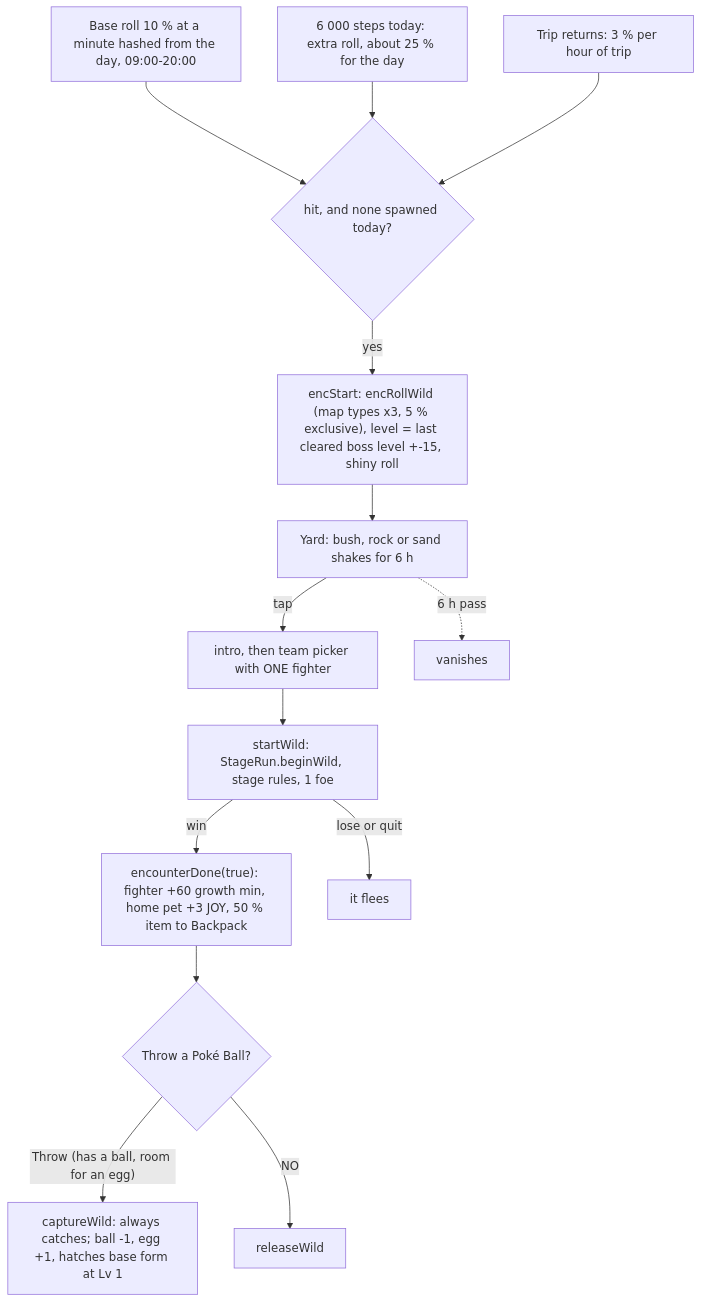
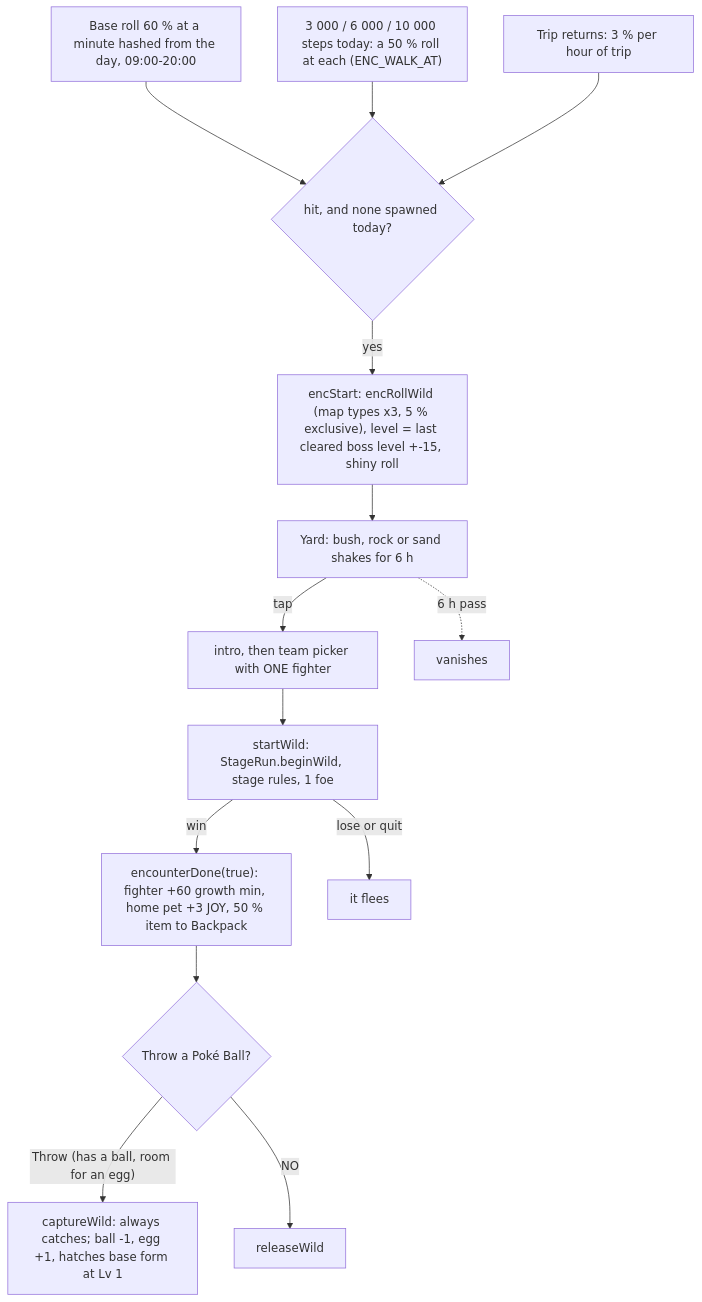
One commit to Ale-Cuevas/TamaPoke changed the eighth of 11 diagrams in docs/GAME_LOGIC.md. Above: the diagram before and after it, drawn with Mermaid. The commit also changed other lines of this file and 4 other files, not shown here.

````diff
--- a/docs/GAME_LOGIC.md
+++ b/docs/GAME_LOGIC.md
@@ -826,16 +830,16 @@
 ```mermaid
 flowchart TD
-  R1["Base roll 10 % at a minute hashed from the day, 09:00-20:00"] --> S
-  R2["6 000 steps today: extra roll, about 25 % for the day"] --> S
+  R1["Base roll 60 % at a minute hashed from the day, 09:00-20:00"] --> S
+  R2["3 000 / 6 000 / 10 000 steps today: a 50 % roll at each (ENC_WALK_AT)"] --> S
   R3["Trip returns: 3 % per hour of trip"] --> S
   S{"hit, and none spawned today?"} -- yes --> T["encStart: encRollWild (map types x3, 5 % exclusive), level = last cleared boss level +-15, shiny roll"]
   T --> U["Yard: bush, rock or sand shakes for 6 h"]
   U -- "tap" --> V["intro, then team picker with ONE fighter"]
   V --> W["startWild: StageRun.beginWild, stage rules, 1 foe"]
   W -- win --> Y["encounterDone(true): fighter +60 growth min, home pet +3 JOY, 50 % item to Backpack"]
   W -- "lose or quit" --> Z["it flees"]
   Y --> B1{"Throw a Poké Ball?"}
   B1 -- "Throw (has a ball, room for an egg)" --> C1["captureWild: always catches; ball -1, egg +1, hatches base form at Lv 1"]
   B1 -- NO --> D1["releaseWild"]
   U -. "6 h pass" .-> E1["vanishes"]
 ```
````
